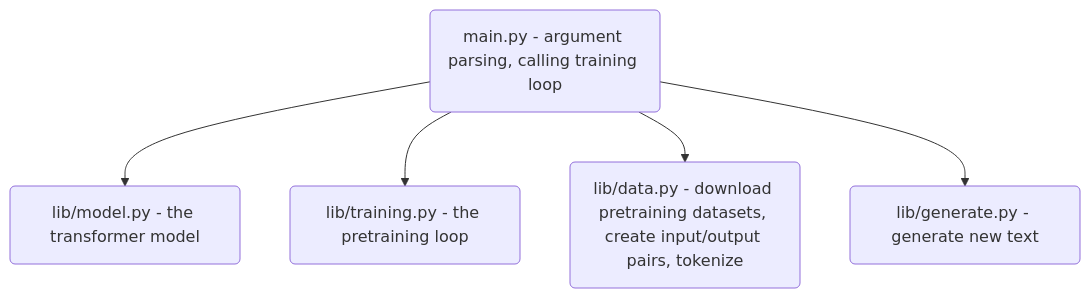
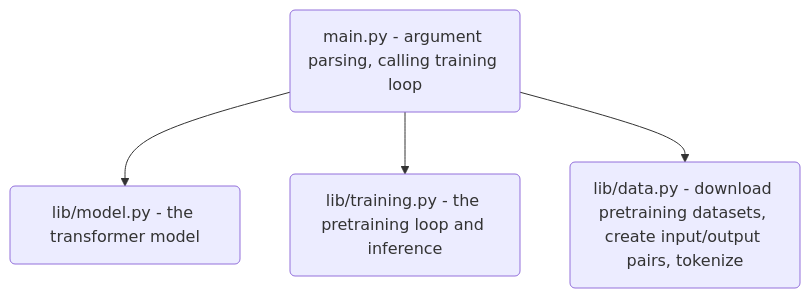
Before and after one commit to kongaskristjan/basics-from-scatch: the first of 3 diagrams in pretraining/README.md, drawn with Mermaid. The commit also changed 3 other files, not shown here.

````diff
--- a/pretraining/README.md
+++ b/pretraining/README.md
@@ -7,14 +7,12 @@
 ```mermaid
 flowchart TD
 
 main(main.py - argument parsing, calling training loop)
 model(lib/model.py - the transformer model)
-training(lib/training.py - the pretraining loop)
+training(lib/training.py - the pretraining loop and inference)
 data(lib/data.py - download pretraining datasets, create input/output pairs, tokenize)
-generate(lib/generate.py - generate new text)
 
 main --> model
 main --> training
 main --> data
-main --> generate
 ```
````
